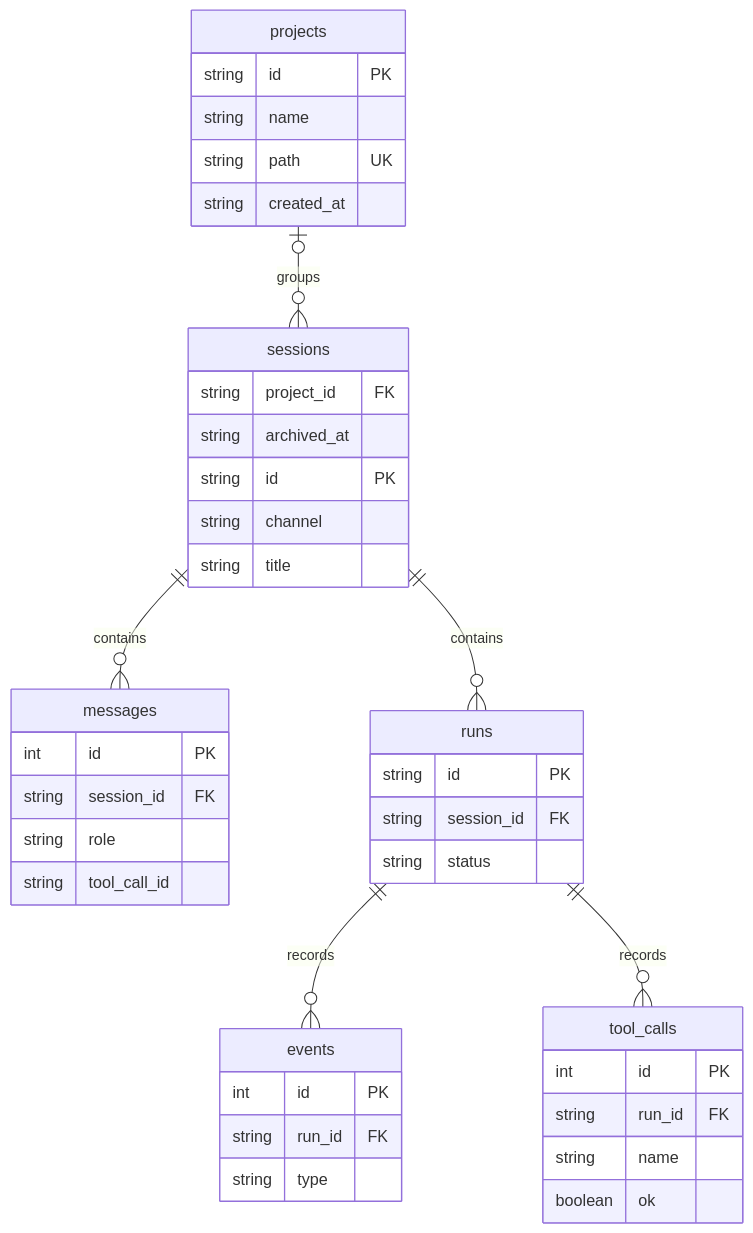
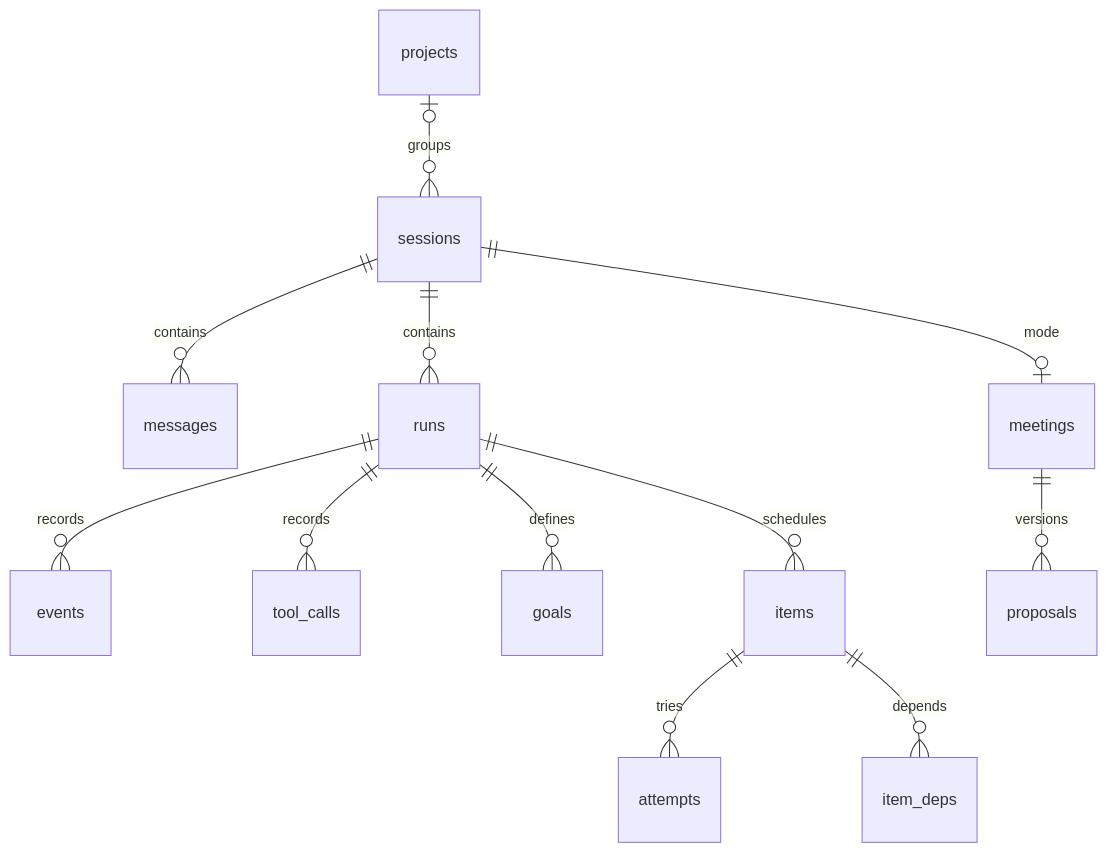
Before and after one commit to ShaoLongFei/dongdong: the third of 3 diagrams in docs/architecture.md, drawn with Mermaid. The commit also changed other lines of this file and 7 other files, not shown here.

Commit message:
docs: update architecture and project file browsing

````diff
--- a/docs/architecture.md
+++ b/docs/architecture.md
@@ -186,43 +166,14 @@
 ```mermaid
 erDiagram
     projects |o--o{ sessions : groups
     sessions ||--o{ messages : contains
     sessions ||--o{ runs : contains
     runs ||--o{ events : records
     runs ||--o{ tool_calls : records
-    projects {
-        string id PK
-        string name
-        string path UK
-        string created_at
-    }
-    sessions {
-        string project_id FK
-        string archived_at
-        string id PK
-        string channel
-        string title
-    }
-    messages {
-        int id PK
-        string session_id FK
-        string role
-        string tool_call_id
-    }
-    runs {
-        string id PK
-        string session_id FK
-        string status
-    }
-    events {
-        int id PK
-        string run_id FK
-        string type
-    }
-    tool_calls {
-        int id PK
-        string run_id FK
-        string name
-        boolean ok
-    }
+    runs ||--o{ goals : defines
+    runs ||--o{ items : schedules
+    items ||--o{ attempts : tries
+    items ||--o{ item_deps : depends
+    sessions ||--o| meetings : mode
+    meetings ||--o{ proposals : versions
 ```
````
